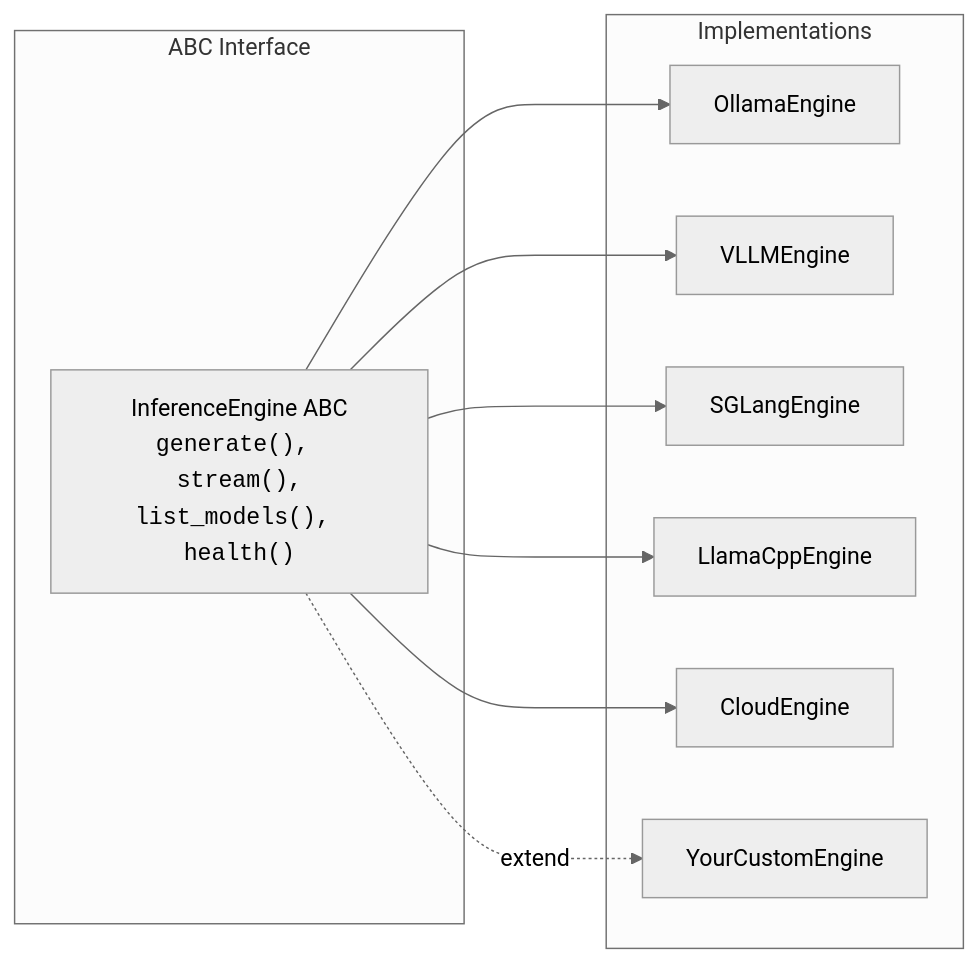
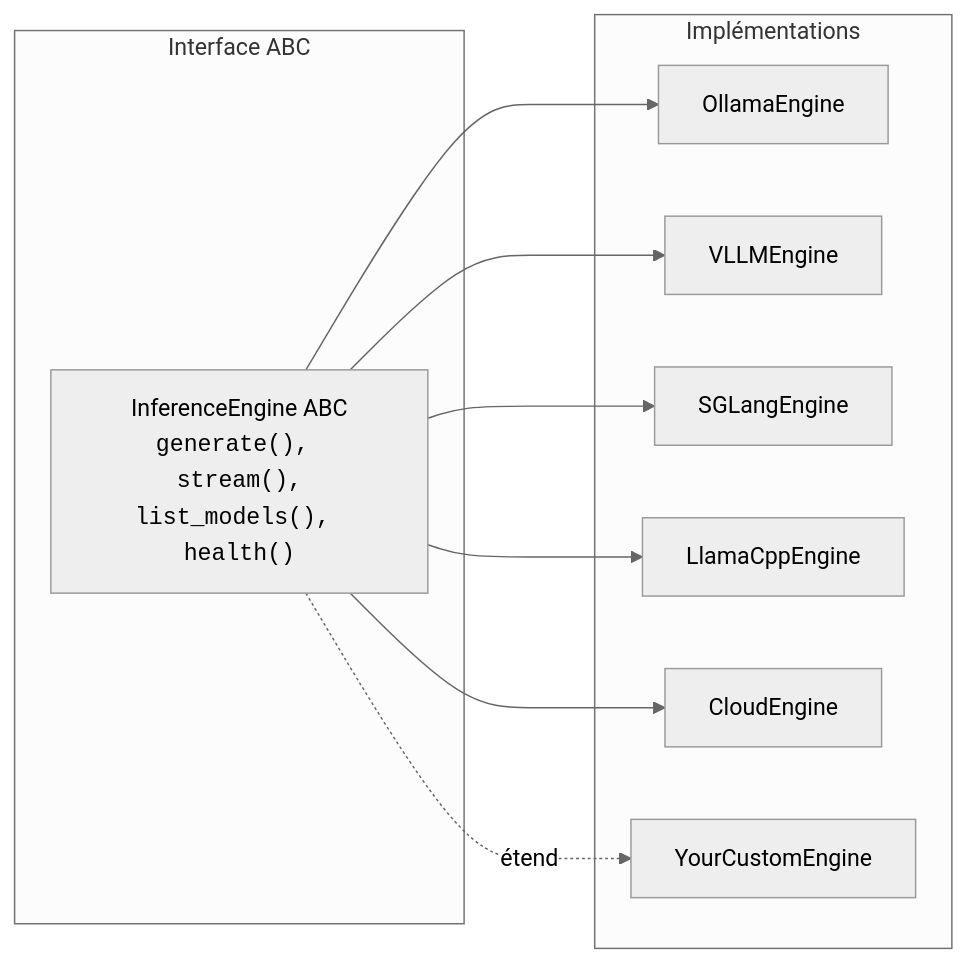
The diagram in docs/architecture/design-principles.md (carlitoetienne01-spec/Diapason), drawn with Mermaid (neutral theme) before and after one commit. The commit also changed other lines of this file and 257 other files, not shown here.

````diff
--- a/docs/architecture/design-principles.md
+++ b/docs/architecture/design-principles.md
@@ -11,22 +11,22 @@
 ```mermaid
 graph LR
-    subgraph "ABC Interface"
+    subgraph "Interface ABC"
         ABC["InferenceEngine ABC<br/><code>generate(), stream(),<br/>list_models(), health()</code>"]
     end
 
-    subgraph "Implementations"
+    subgraph "Implémentations"
         A["OllamaEngine"]
         B["VLLMEngine"]
         C["SGLangEngine"]
         D["LlamaCppEngine"]
         E["CloudEngine"]
         F["YourCustomEngine"]
     end
 
     ABC --> A
     ABC --> B
     ABC --> C
     ABC --> D
     ABC --> E
-    ABC -.->|"extend"| F
+    ABC -.->|"étend"| F
 ```
````
